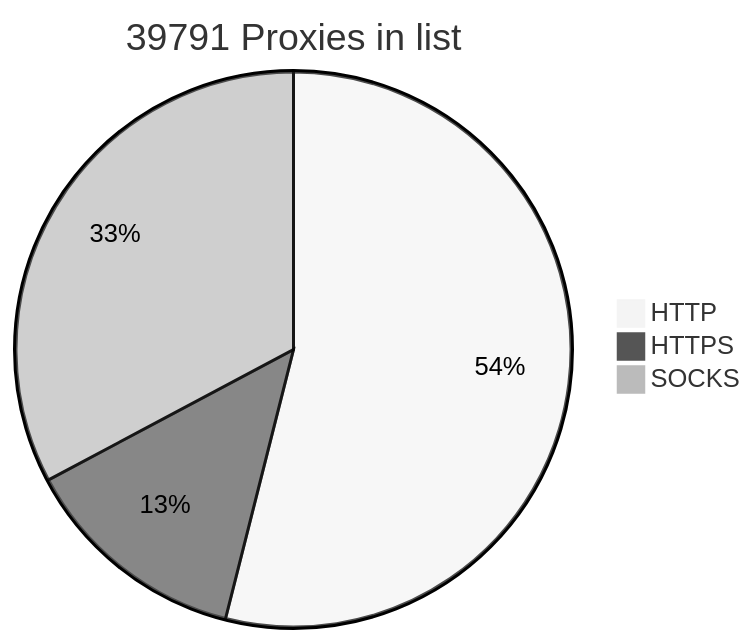
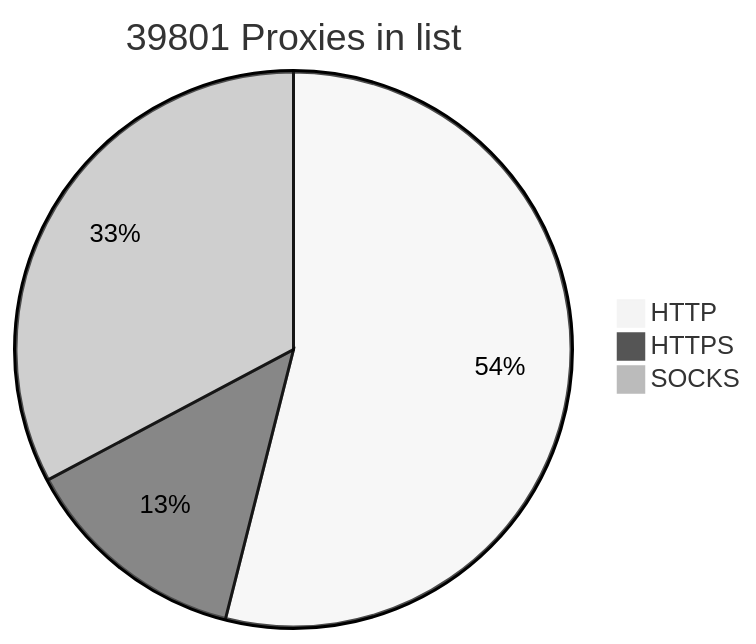
The diagram in README.md (BlackSnowDot/proxylist-update-every-minute), drawn with Mermaid (neutral theme) before and after one commit.

````diff
--- a/README.md
+++ b/README.md
@@ -2,6 +2,6 @@
 ```mermaid
-pie title 39791 Proxies in list
-    "HTTP" : 23885
-    "HTTPS": 5879
+pie title 39801 Proxies in list
+    "HTTP" : 23895
+    "HTTPS": 5889
     "SOCKS" : 14517
 ```
````
